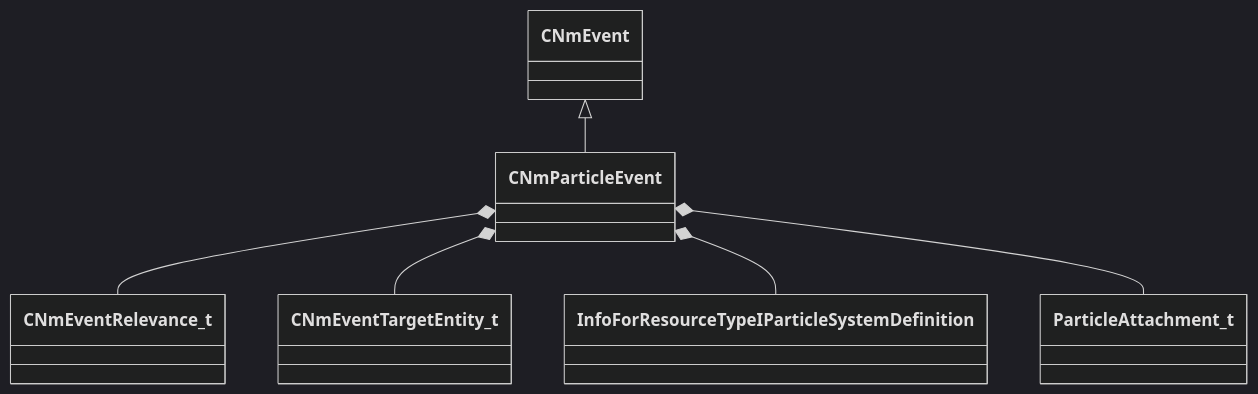
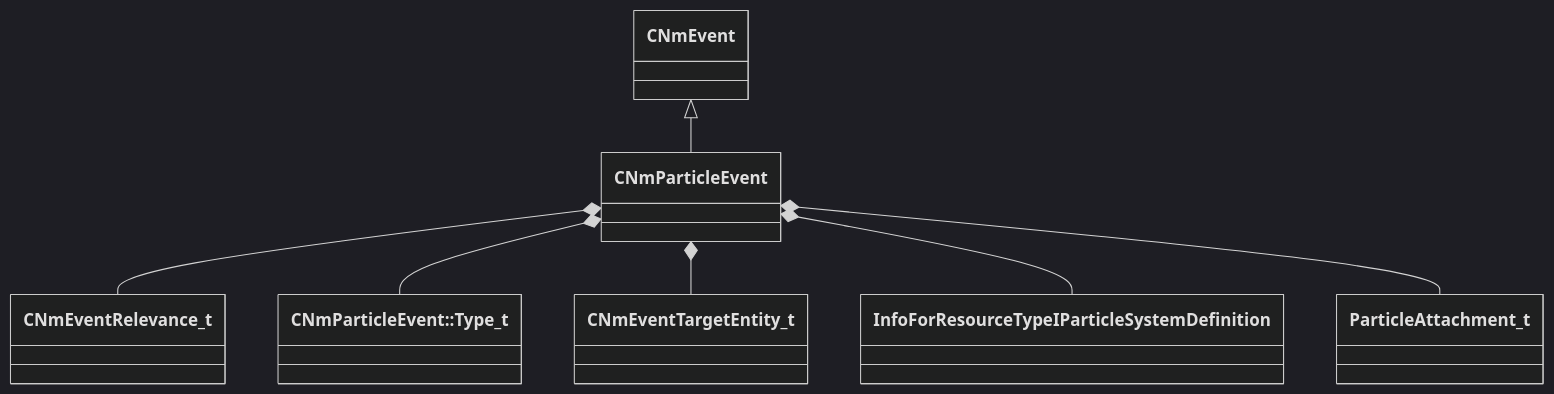
The diagram in docs/generated/schemas/animlib/CNmParticleEvent.md (CS2OpenDev/CS2OpenDev-Docs), drawn with Mermaid (dark theme) before and after one commit. The commit also changed other lines of this file and 4525 other files, not shown here.

````diff
--- a/docs/generated/schemas/animlib/CNmParticleEvent.md
+++ b/docs/generated/schemas/animlib/CNmParticleEvent.md
@@ -17,8 +19,9 @@
 ```mermaid
 classDiagram
     CNmEvent <|-- CNmParticleEvent
     CNmParticleEvent *-- CNmEventRelevance_t
+    CNmParticleEvent *-- `CNmParticleEvent::Type_t`
     CNmParticleEvent *-- CNmEventTargetEntity_t
     CNmParticleEvent *-- InfoForResourceTypeIParticleSystemDefinition
     CNmParticleEvent *-- ParticleAttachment_t
 ```
````
